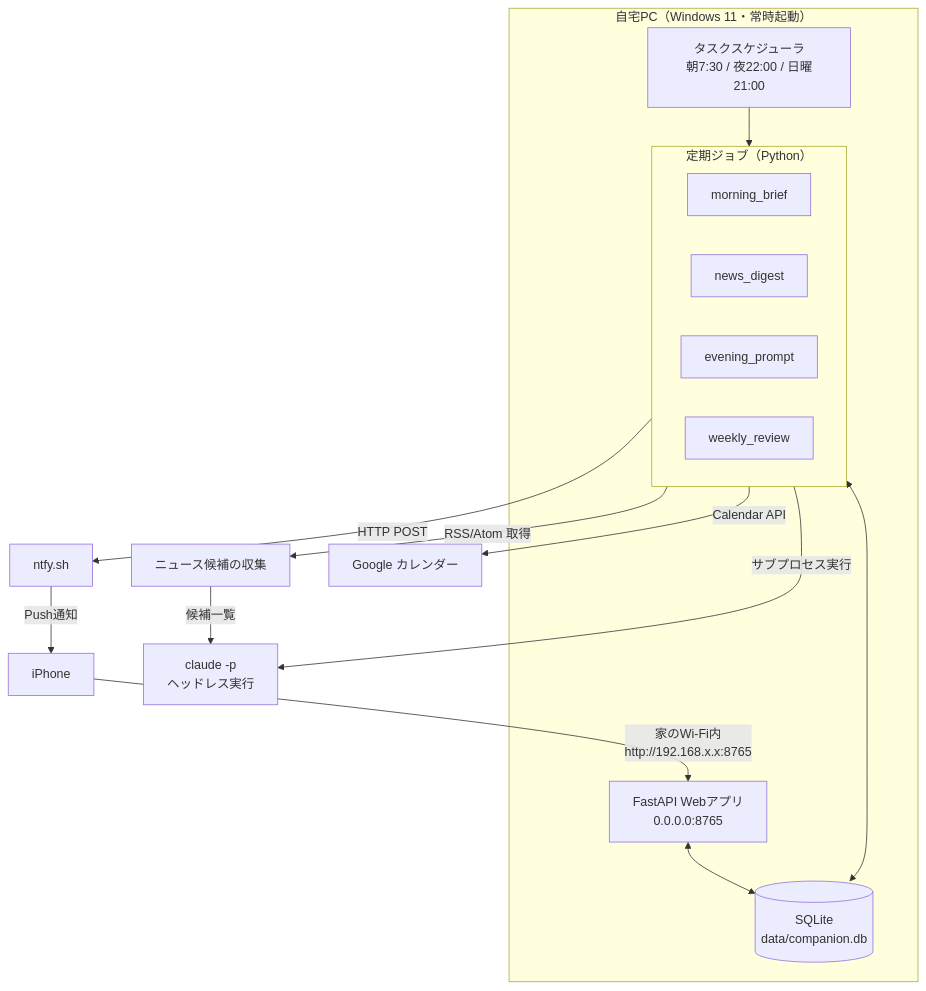
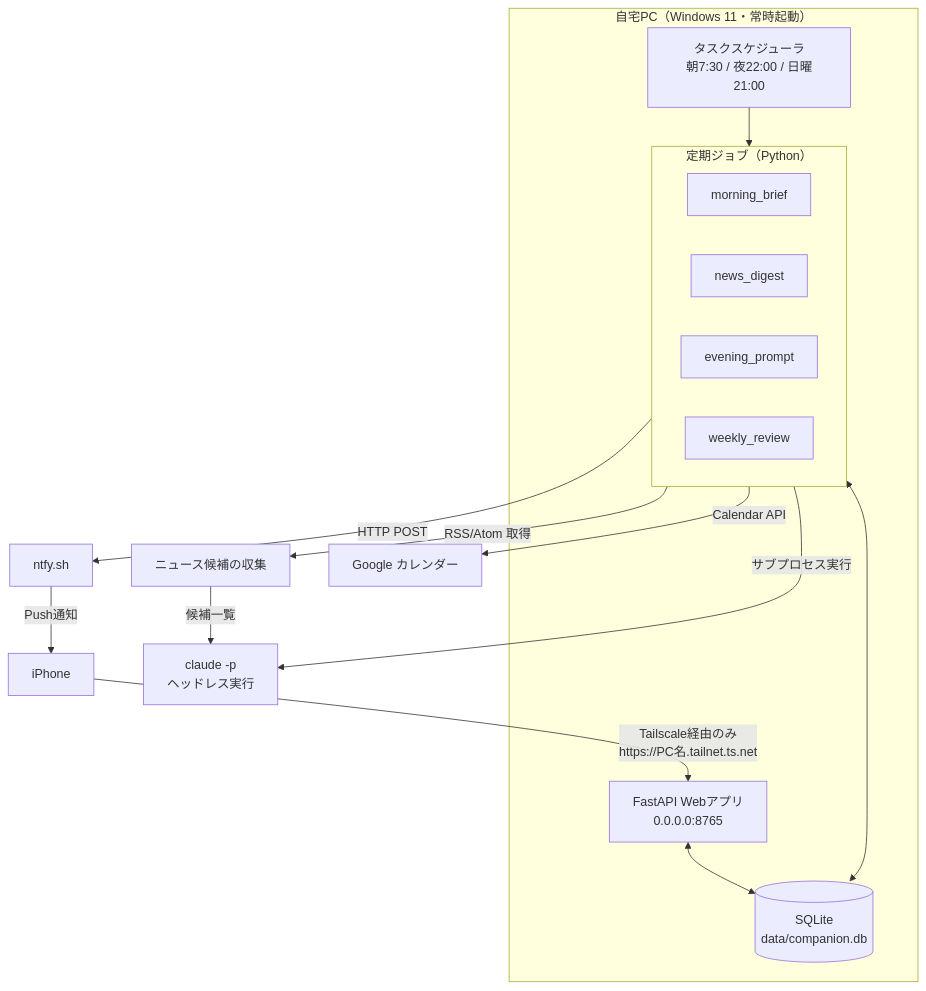
Before and after one commit to hattrickyu3/daily-companion: the first of 2 diagrams in docs/requirements.md, drawn with Mermaid. The commit also changed other lines of this file and 28 other files, not shown here.

````diff
--- a/docs/requirements.md
+++ b/docs/requirements.md
@@ -33,25 +33,25 @@
 ```mermaid
 flowchart TB
     subgraph PC["自宅PC（Windows 11・常時起動）"]
         TS["タスクスケジューラ<br/>朝7:30 / 夜22:00 / 日曜21:00"]
         subgraph JOBS["定期ジョブ（Python）"]
             MB["morning_brief"]
             NEWS["news_digest"]
             EV["evening_prompt"]
             WR["weekly_review"]
         end
         WEB["FastAPI Webアプリ<br/>0.0.0.0:8765"]
         DB[("SQLite<br/>data/companion.db")]
     end
 
     TS --> JOBS
     JOBS -->|"サブプロセス実行"| CL["claude -p<br/>ヘッドレス実行"]
     JOBS -->|"RSS/Atom 取得"| NET["ニュース候補の収集"]
     NET -->|"候補一覧"| CL
     JOBS <--> DB
     WEB <--> DB
     JOBS -->|"Calendar API"| GCAL["Google カレンダー"]
     JOBS -->|"HTTP POST"| NTFY["ntfy.sh"]
     NTFY -->|"Push通知"| PHONE["iPhone"]
-    PHONE -->|"家のWi-Fi内<br/>http://192.168.x.x:8765"| WEB
+    PHONE -->|"Tailscale経由のみ<br/>https://PC名.tailnet.ts.net"| WEB
 ```
````
